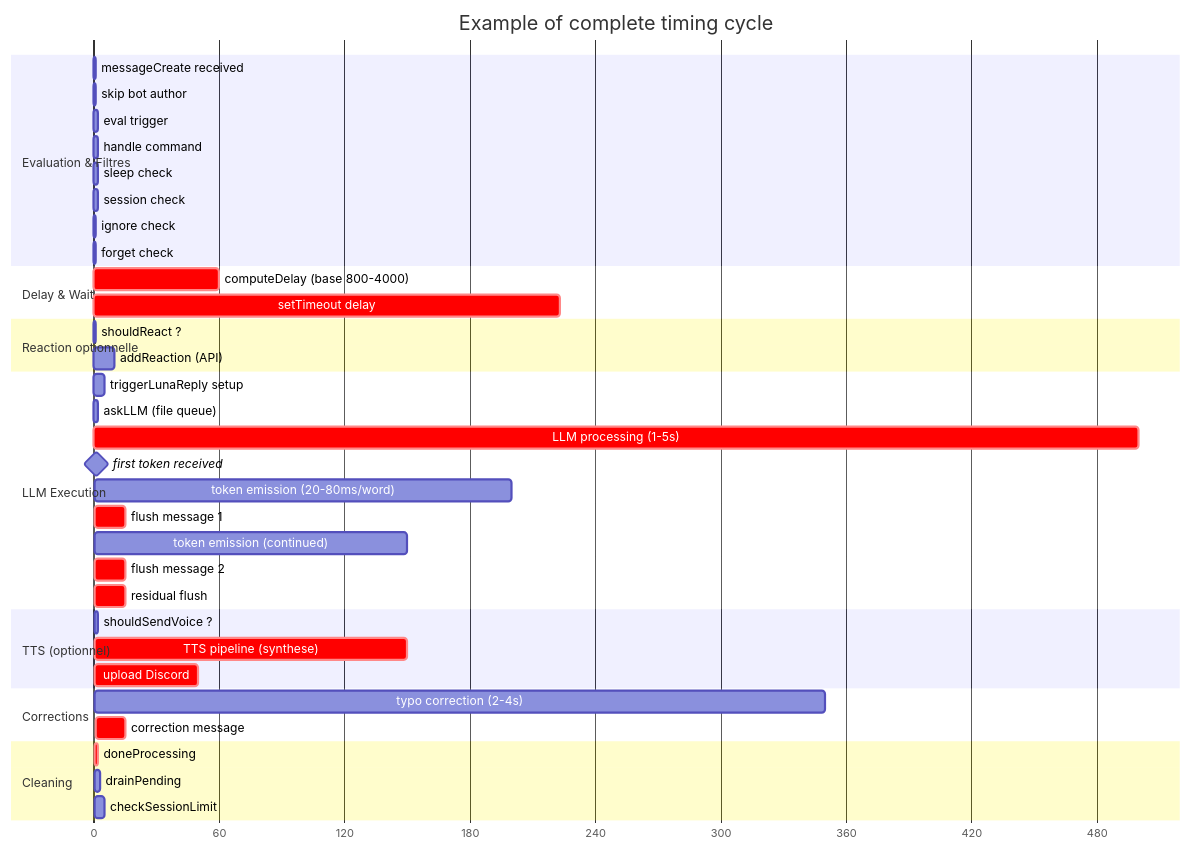
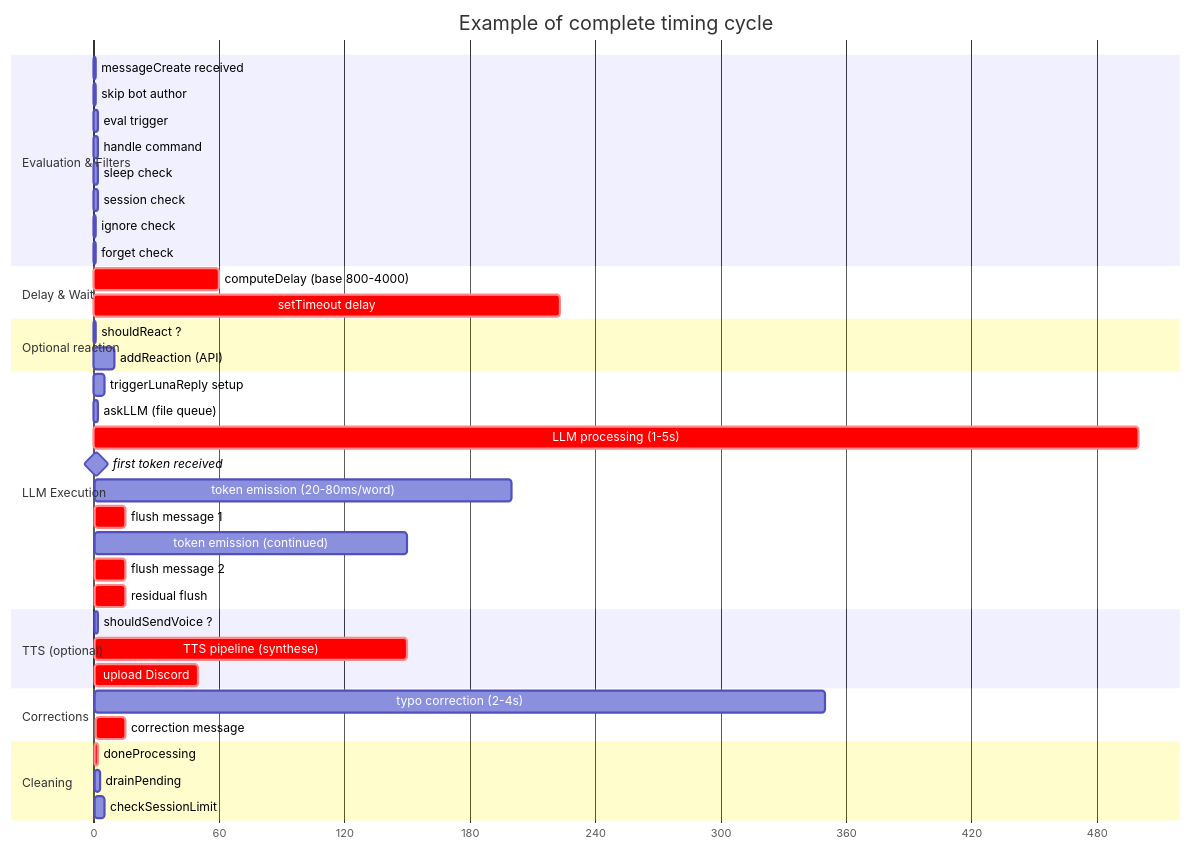
The diagram in state-machines/21-timing-gantt.mmd (protocol-luna/krystal), drawn with Mermaid before and after one commit. The commit also changed 21 other files, not shown here.

Commit message:
fix \n→<br/> in all mmd, translate remaining French in gantt

```diff
--- a/state-machines/21-timing-gantt.mmd
+++ b/state-machines/21-timing-gantt.mmd
@@ -1,47 +1,47 @@
 gantt
     title Example of complete timing cycle
     dateFormat  X
     axisFormat %s
 
-    section Evaluation & Filtres
+    section Evaluation & Filters
     messageCreate received      :0, 1
     skip bot author              :0, 1
     eval trigger                 :1, 2
     handle command               :2, 2
     sleep check                  :2, 2
     session check                :2, 2
     ignore check                 :2, 1
     forget check                 :2, 1
 
     section Delay & Wait
     computeDelay (base 800-4000) :crit, 3, 60
     setTimeout delay             :crit, 63, 223
 
-    section Reaction optionnelle
+    section Optional reaction
     shouldReact ?                :63, 1
     addReaction (API)            :64, 10
 
     section LLM Execution
     triggerLunaReply setup       :63, 5
     askLLM (file queue)          :68, 2
     LLM processing (1-5s)        :crit, 70, 500
     first token received         :milestone, 570, 2
     token emission (20-80ms/word) :570, 200
     flush message 1              :crit, 600, 15
     token emission (continued)  :615, 150
     flush message 2              :crit, 750, 15
     residual flush               :crit, 765, 15
 
-    section TTS (optionnel)
+    section TTS (optional)
     shouldSendVoice ?            :570, 2
     TTS pipeline (synthese)      :crit, 572, 150
     upload Discord               :crit, 722, 50
 
     section Corrections
     typo correction (2-4s)       :770, 350
     correction message           :crit, 1120, 15
 
     section Cleaning
     doneProcessing               :crit, 765, 2
     drainPending                 :767, 3
     checkSessionLimit            :770, 5
```
